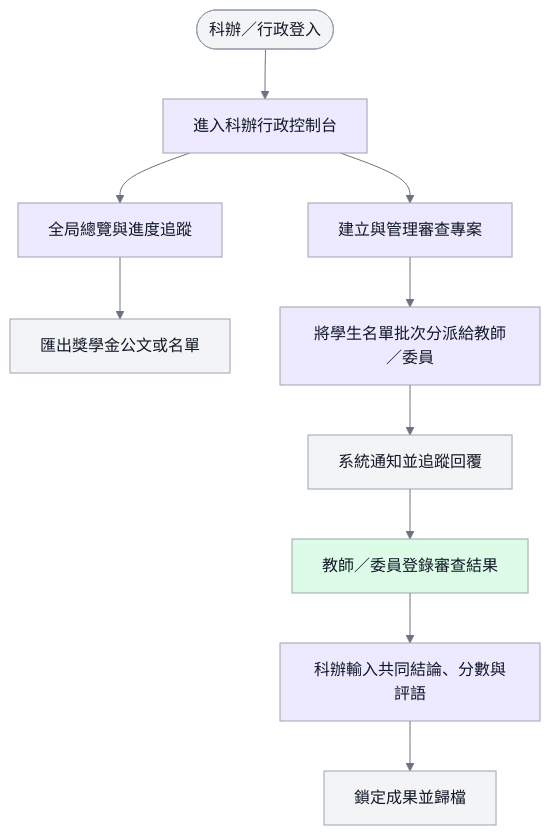
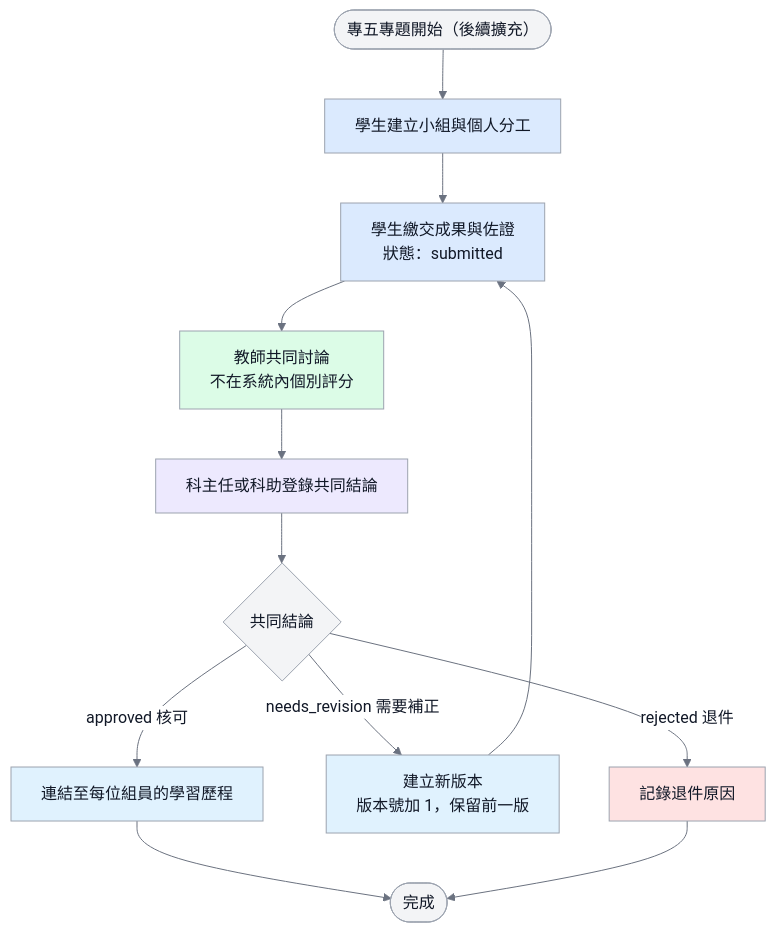
Before and after one commit to vujhdcusa/1028: the fifth of 13 diagrams in docs/04_圖表與介面/diagrams.md, drawn with Mermaid. The commit also changed other lines of this file and 116 other files, not shown here.

````diff
--- a/docs/04_圖表與介面/diagrams.md
+++ b/docs/04_圖表與介面/diagrams.md
@@ -99,17 +202,21 @@
 ```mermaid
-%%{init: {'theme':'base','themeVariables': {'fontFamily':'Microsoft JhengHei, Noto Sans TC, Arial, sans-serif','primaryColor':'#F3F4F6','primaryTextColor':'#111827','primaryBorderColor':'#9CA3AF','lineColor':'#6B7280','edgeLabelBackground':'#FFFFFF'}}}%%
+%%{init: {'theme':'base','themeVariables': {'fontFamily':'Microsoft JhengHei, Noto Sans TC, Arial, sans-serif','primaryColor':'#F3F4F6','primaryTextColor':'#111827','primaryBorderColor':'#9CA3AF','lineColor':'#6B7280','edgeLabelBackground':'#FFFFFF'},'flowchart':{'wrappingWidth':400}}}%%
 flowchart TD
+    classDef student fill:#DBEAFE,stroke:#9CA3AF,color:#111827,stroke-width:1px;
+    classDef teacher fill:#DCFCE7,stroke:#9CA3AF,color:#111827,stroke-width:1px;
     classDef staff fill:#EDE9FE,stroke:#9CA3AF,color:#111827,stroke-width:1px;
-    classDef teacher fill:#DCFCE7,stroke:#9CA3AF,color:#111827,stroke-width:1px;
-    classDef system fill:#F3F4F6,stroke:#9CA3AF,color:#111827,stroke-width:1px;
+    classDef system fill:#E0F2FE,stroke:#9CA3AF,color:#111827,stroke-width:1px;
+    classDef alert fill:#FEE2E2,stroke:#9CA3AF,color:#111827,stroke-width:1px;
 
-    Start([科辦／行政登入]) --> Dashboard[進入科辦行政控制台]:::staff
-    Dashboard --> Track[全局總覽與進度追蹤]:::staff
-    Track --> Export[匯出獎學金公文或名單]:::system
-    Dashboard --> Project[建立與管理審查專案]:::staff
-    Project --> Assign[將學生名單批次分派給教師／委員]:::staff
-    Assign --> Notify[系統通知並追蹤回覆]:::system
-    Notify --> Review[教師／委員登錄審查結果]:::teacher
-    Review --> Result[科辦輸入共同結論、分數與評語]:::staff
-    Result --> Lock[鎖定成果並歸檔]:::system
+    Start([專五專題開始（後續擴充）]) --> Team[學生建立小組與個人分工]:::student
+    Team --> Submit[學生繳交成果與佐證<br/>狀態：submitted]:::student
+    Submit --> Discuss[教師共同討論<br/>不在系統內個別評分]:::teacher
+    Discuss --> Record[科主任或科助登錄共同結論]:::staff
+    Record --> Result{共同結論}
+    Result -- approved 核可 --> Link[連結至每位組員的學習歷程]:::system
+    Result -- needs_revision 需要補正 --> NewVersion[建立新版本<br/>版本號加 1，保留前一版]:::system
+    NewVersion --> Submit
+    Result -- rejected 退件 --> Reject[記錄退件原因]:::alert
+    Link --> End([完成])
+    Reject --> End
 ```
````
